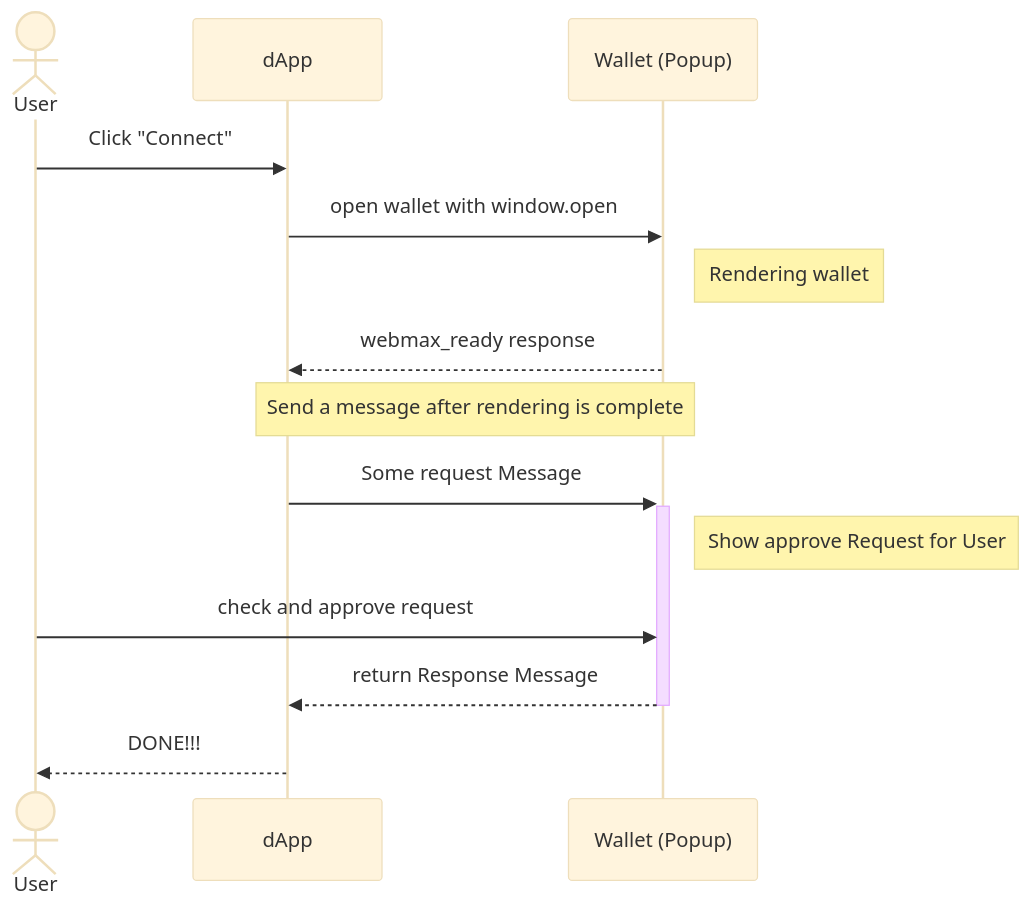
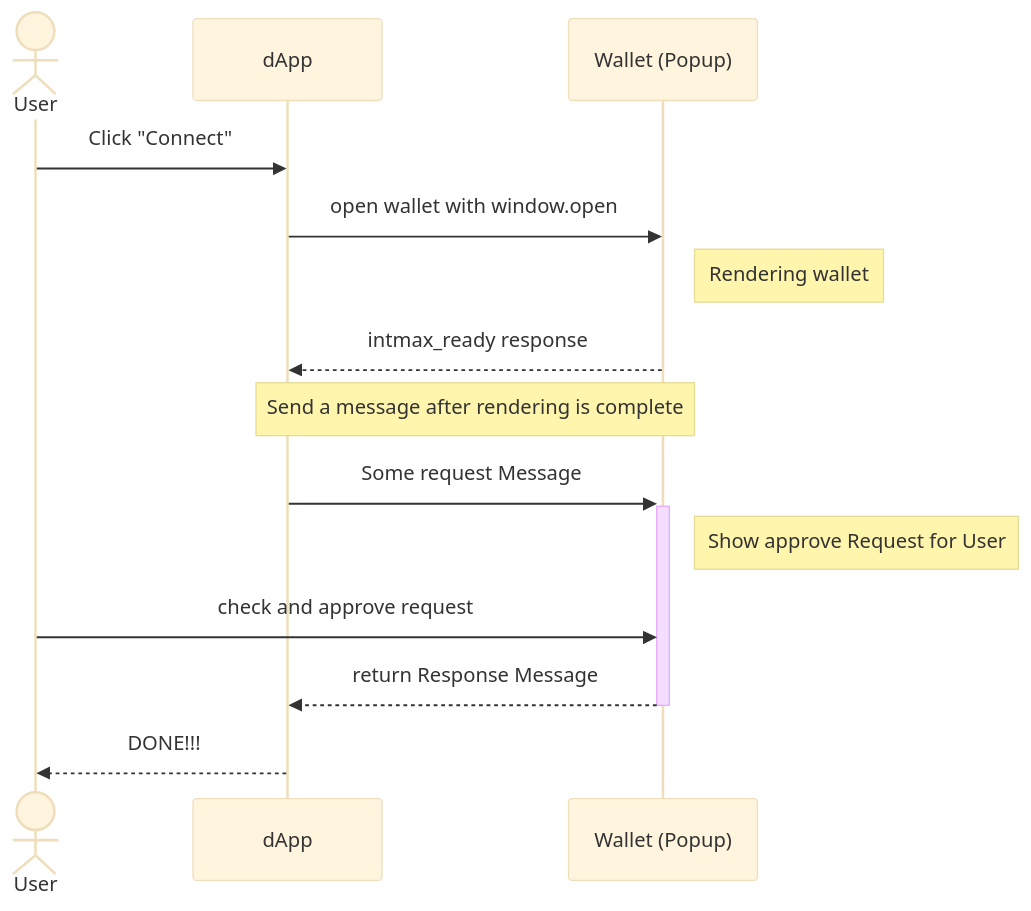
One commit to InternetMaximalism/intmax-walletsdk changed the diagram in EN_DESIGN.md. Above: the diagram before and after it, drawn with Mermaid (base theme). The commit also changed other lines of this file, not shown here.

````diff
--- a/EN_DESIGN.md
+++ b/EN_DESIGN.md
@@ -37,16 +37,16 @@
 ```mermaid
 sequenceDiagram
 actor user as User
 participant dapp as dApp
 participant wallet as Wallet (Popup)
 	user ->> dapp: Click "Connect"
 	dapp ->> wallet: open wallet with window.open
 	Note right of wallet: Rendering wallet
-	wallet -->> dapp: webmax_ready response
+	wallet -->> dapp: intmax_ready response
 	Note over dapp,wallet: Send a message after rendering is complete
 	dapp ->>+ wallet: Some request Message
 	Note right of wallet: Show approve Request for User
 	user ->> wallet: check and approve request
 	wallet -->>- dapp: return Response Message
 	dapp -->> user: DONE!!!
 ```
````
